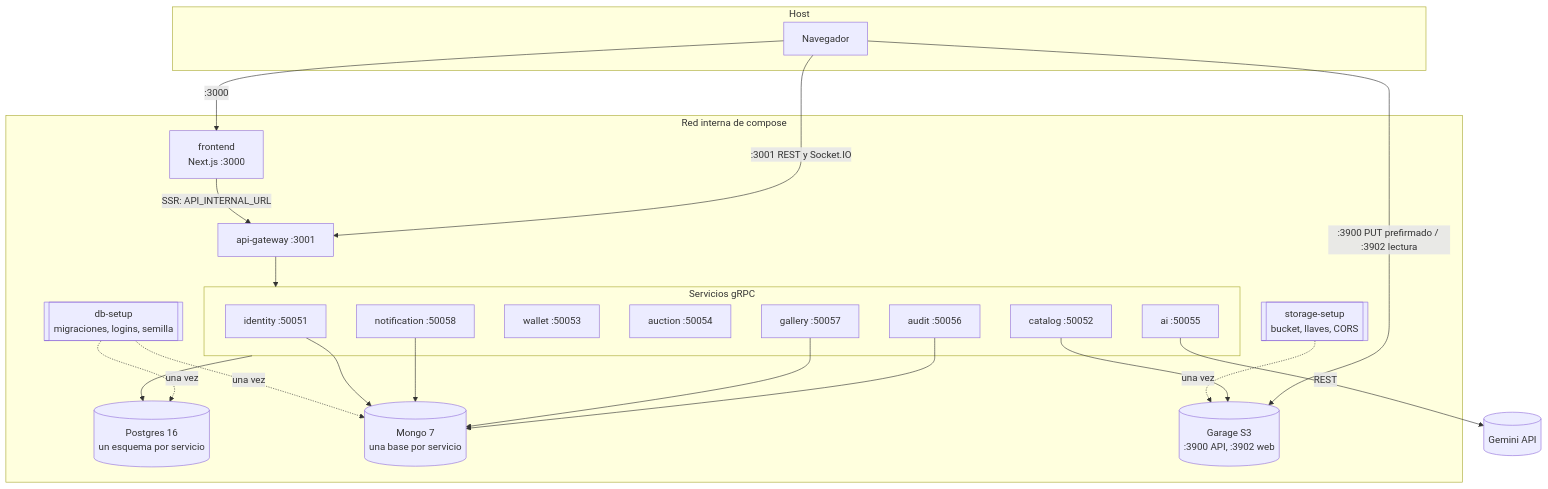
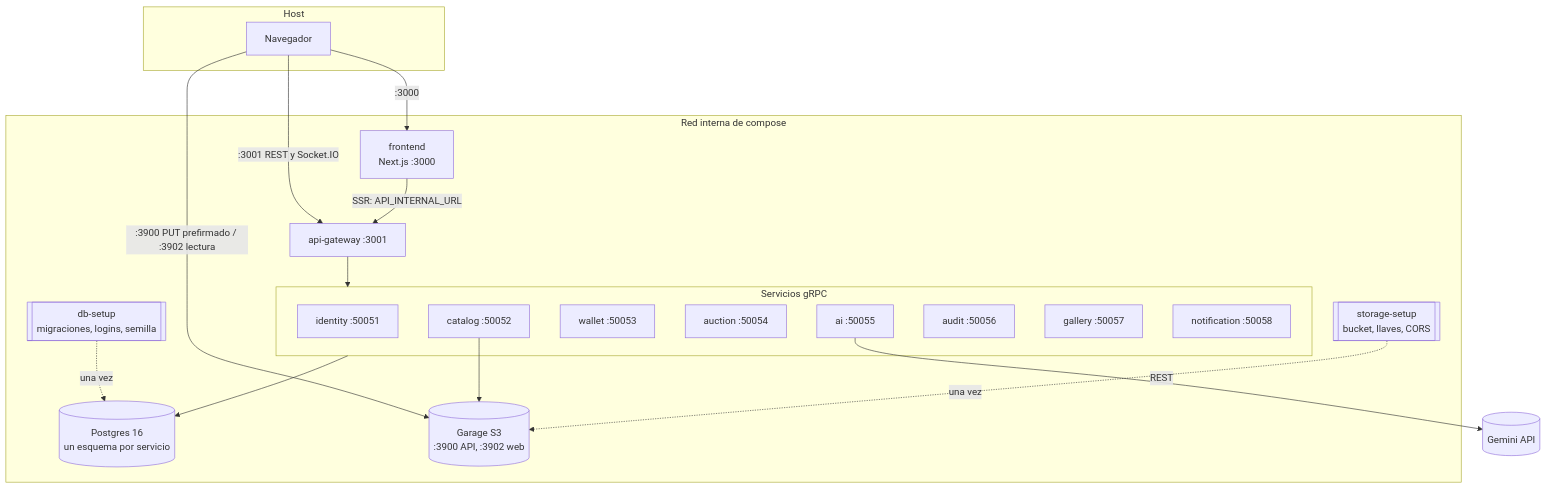
One commit to Juan-Camilo-Martinez-B/artauction_backend changed the first of 7 diagrams in docs/arquitectura/arquitectura.md. Above: the diagram before and after it, drawn with Mermaid. The commit also changed other lines of this file and 4 other files, not shown here.

````diff
--- a/docs/arquitectura/arquitectura.md
+++ b/docs/arquitectura/arquitectura.md
@@ -31,44 +31,38 @@
 ```mermaid
 flowchart TB
   subgraph host[Host]
     browser[Navegador]
   end
 
   subgraph net[Red interna de compose]
     fe[frontend<br/>Next.js :3000]
     gw[api-gateway :3001]
     subgraph svc[Servicios gRPC]
       id[identity :50051]
       cat[catalog :50052]
       wal[wallet :50053]
       auc[auction :50054]
       ai[ai :50055]
       aud[audit :50056]
       gal[gallery :50057]
       notif[notification :50058]
     end
     pg[(Postgres 16<br/>un esquema por servicio)]
-    mg[(Mongo 7<br/>una base por servicio)]
     s3[(Garage S3<br/>:3900 API, :3902 web)]
     dbsetup[[db-setup<br/>migraciones, logins, semilla]]
     stsetup[[storage-setup<br/>bucket, llaves, CORS]]
   end
 
   gem[(Gemini API)]
 
   browser -- ":3000" --> fe
   browser -- ":3001 REST y Socket.IO" --> gw
   browser -- ":3900 PUT prefirmado / :3902 lectura" --> s3
   fe -- "SSR: API_INTERNAL_URL" --> gw
   gw --> svc
   svc --> pg
-  aud --> mg
-  gal --> mg
-  notif --> mg
-  id --> mg
   cat --> s3
   ai -- REST --> gem
   dbsetup -. una vez .-> pg
-  dbsetup -. una vez .-> mg
   stsetup -. una vez .-> s3
 ```
````
